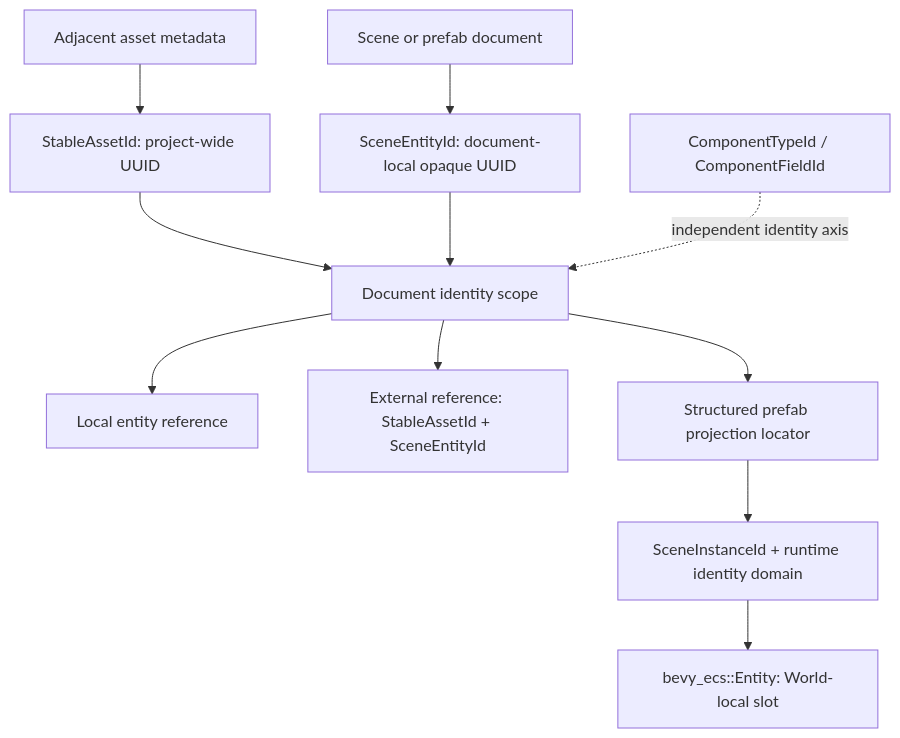
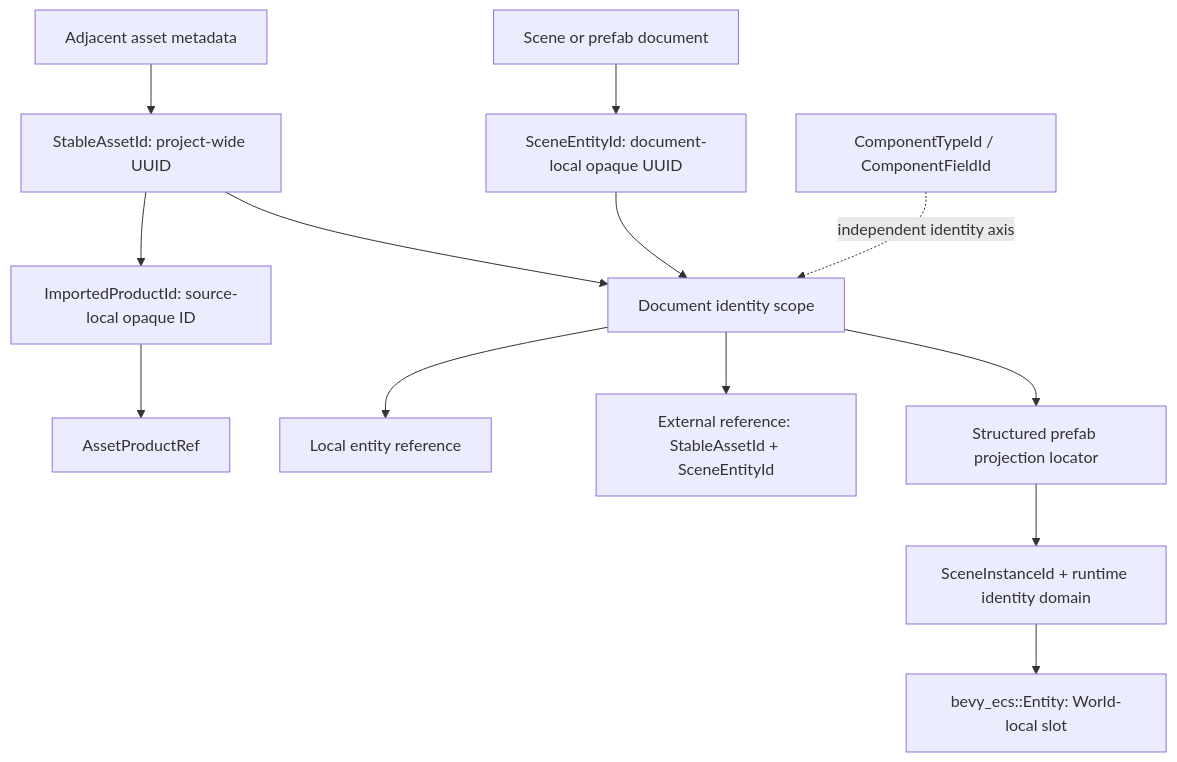
One commit to Latias94/nara changed the diagram in docs/architecture/adr/0083-durable-project-asset-and-document-entity-identity.md. Above: the diagram before and after it, drawn with Mermaid. The commit also changed other lines of this file and 4 other files, not shown here.

Commit message:
docs(assets): define durable import product graph

````diff
--- a/docs/architecture/adr/0083-durable-project-asset-and-document-entity-identity.md
+++ b/docs/architecture/adr/0083-durable-project-asset-and-document-entity-identity.md
@@ -36,13 +40,15 @@
 ```mermaid
 flowchart TD
     Meta[Adjacent asset metadata] --> AssetId[StableAssetId: project-wide UUID]
+    AssetId --> ProductId[ImportedProductId: source-local opaque ID]
+    ProductId --> ProductRef[AssetProductRef]
     Source[Scene or prefab document] --> EntityId[SceneEntityId: document-local opaque UUID]
     AssetId --> Document[Document identity scope]
     EntityId --> Document
     Document --> LocalRef[Local entity reference]
     Document --> ExternalRef[External reference: StableAssetId + SceneEntityId]
     Document --> Projection[Structured prefab projection locator]
     Projection --> Runtime[SceneInstanceId + runtime identity domain]
     Runtime --> Entity[bevy_ecs::Entity: World-local slot]
     Schema[ComponentTypeId / ComponentFieldId] -. independent identity axis .-> Document
 ```
````
